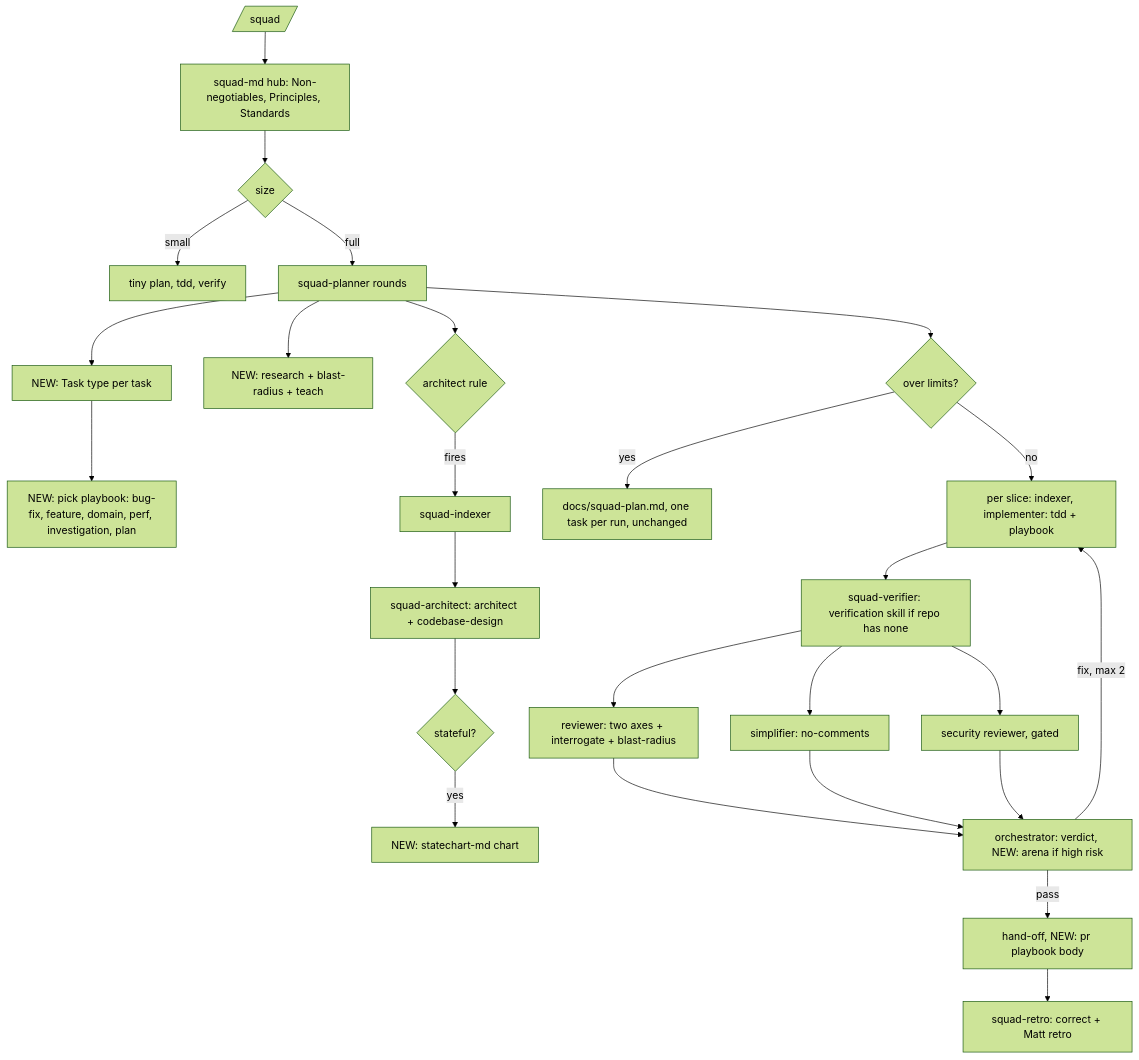
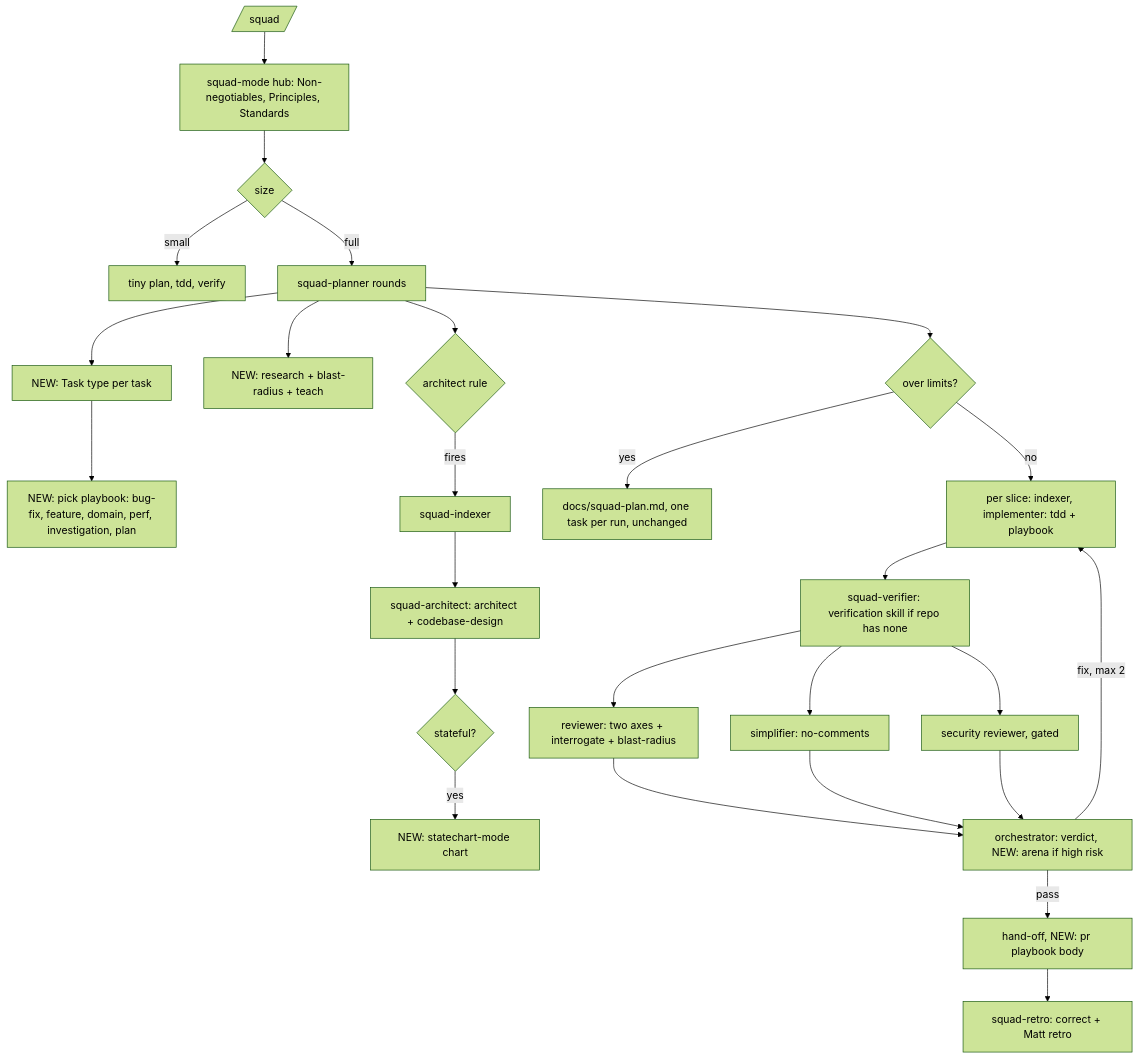
The first of 6 diagrams in docs/pbi/squad/FLOWS.md (svennijhuis/agentPacks), drawn with Mermaid (forest theme) before and after one commit. The commit also changed other lines of this file and 27 other files, not shown here.

Commit message:
docs(pbi/squad): hubs renamed to poteto style -mode (squad-mode, pack-author-mode, pack-check-mode, statechart-mode, scenarios-mode, security-audit-mode); old -md dirs move with pointer until GA07; today paths keep main names

````diff
--- a/docs/pbi/squad/FLOWS.md
+++ b/docs/pbi/squad/FLOWS.md
@@ -13,27 +13,27 @@
 ```mermaid
 flowchart TD
-  C[/squad/] --> H[squad-md hub: Non-negotiables, Principles, Standards]
+  C[/squad/] --> H[squad-mode hub: Non-negotiables, Principles, Standards]
   H --> SZ{size}
   SZ -->|small| TP[tiny plan, tdd, verify]
   SZ -->|full| PL[squad-planner rounds]
   PL --> TT[NEW: Task type per task]
   TT --> PB[NEW: pick playbook: bug-fix, feature, domain, perf, investigation, plan]
   PL --> RS[NEW: research + blast-radius + teach]
   PL --> AR{architect rule}
   AR -->|fires| IX[squad-indexer] --> ARC[squad-architect: architect + codebase-design]
   ARC --> ST{stateful?}
-  ST -->|yes| SC[NEW: statechart-md chart]
+  ST -->|yes| SC[NEW: statechart-mode chart]
   PL --> SP{over limits?}
   SP -->|yes| SQ[docs/squad-plan.md, one task per run, unchanged]
   SP -->|no| IM[per slice: indexer, implementer: tdd + playbook]
   IM --> VE[squad-verifier: verification skill if repo has none]
   VE --> RV[reviewer: two axes + interrogate + blast-radius]
   VE --> SI[simplifier: no-comments]
   VE --> SE[security reviewer, gated]
   RV --> OR[orchestrator: verdict, NEW: arena if high risk]
   SI --> OR
   SE --> OR
   OR -->|fix, max 2| IM
   OR -->|pass| HO[hand-off, NEW: pr playbook body]
   HO --> RT[squad-retro: correct + Matt retro]
 ```
````
